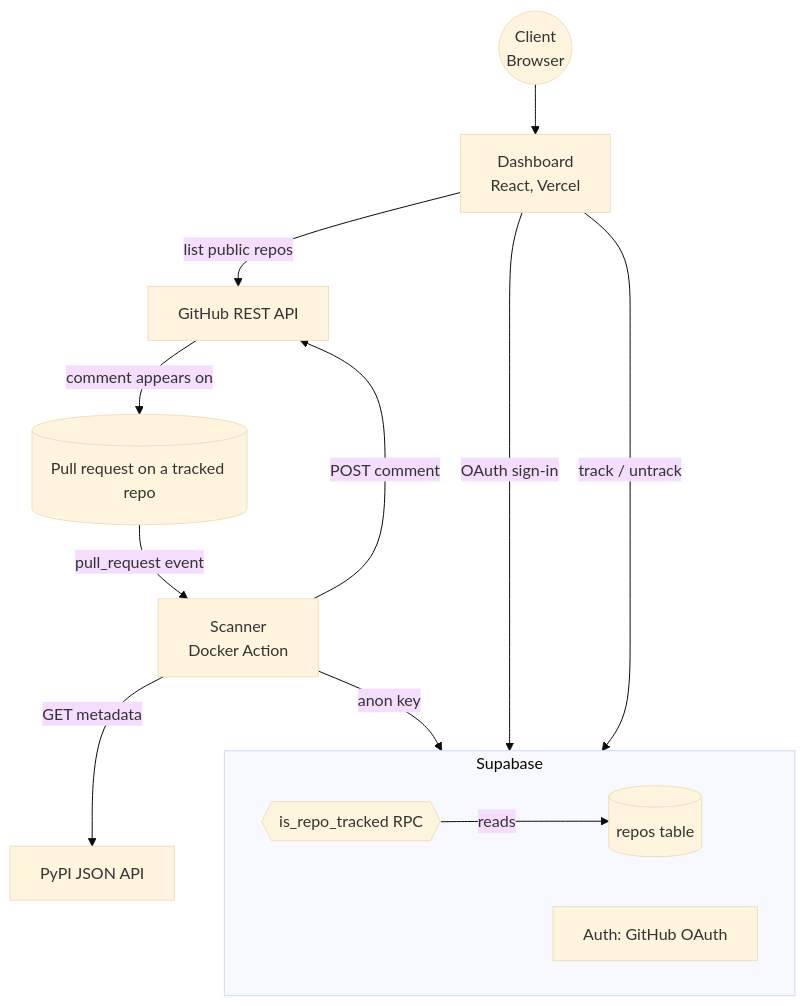
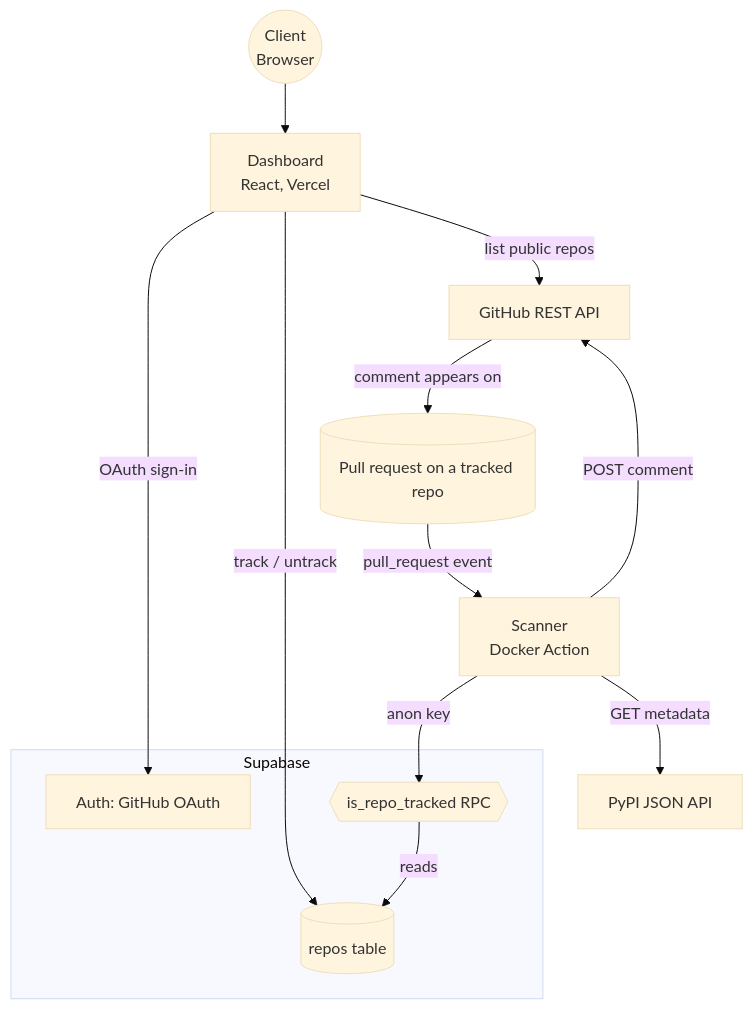
Before and after one commit to dxfeng/deprecation-auditor: the diagram in README.md, drawn with Mermaid (base theme).

Commit message:
Modified mermaid

````diff
--- a/README.md
+++ b/README.md
@@ -26,24 +26,23 @@
 ```mermaid
 flowchart TD
     Browser((Client\nBrowser)) --> Dashboard[Dashboard\nReact, Vercel]
 
     subgraph Supabase["Supabase"]
-        direction LR
-        ReposTable[(repos table)]
         AuthSvc[Auth: GitHub OAuth]
         RPC{{is_repo_tracked RPC}}
+        ReposTable[(repos table)]
+        RPC -->|reads| ReposTable
     end
 
     Dashboard -->|OAuth sign-in| AuthSvc
     Dashboard -->|track / untrack| ReposTable
 
     Repo[(Pull request on a tracked repo)] -->|pull_request event| Scanner[Scanner\nDocker Action]
     Scanner -->|anon key| RPC
-    RPC -->|reads| ReposTable
     Scanner -->|GET metadata| PyPI[PyPI JSON API]
 
     GitHub[GitHub REST API]
     Dashboard -->|list public repos| GitHub
     Scanner -->|POST comment| GitHub
     GitHub -->|comment appears on| Repo
 ```
````
